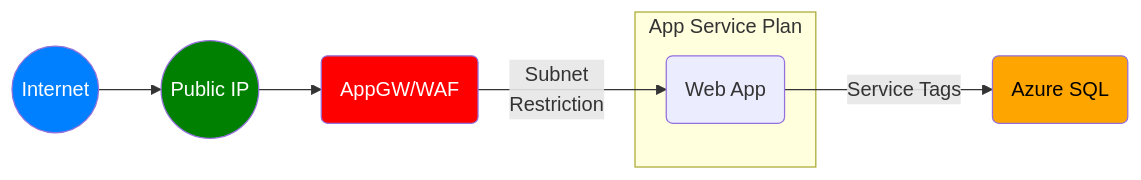
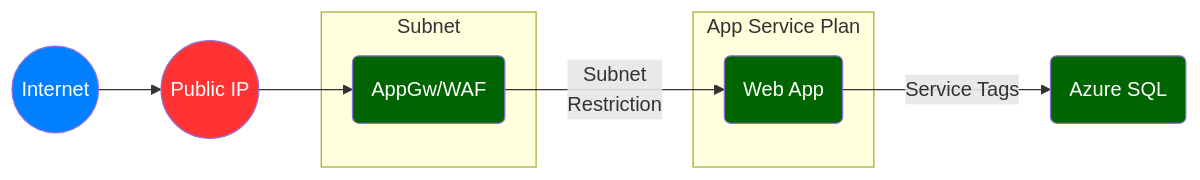
One commit to msalemor/app-services-networking changed the third of 7 diagrams in README.md. Above: the diagram before and after it, drawn with Mermaid. The commit also changed other lines of this file, not shown here.

````diff
--- a/README.md
+++ b/README.md
@@ -94,18 +94,21 @@
 ```mermaid
 graph LR;
-    A((Internet))-->B((Public IP));
-    B-->C(AppGW/WAF);
-    C--Subnet<br/>Restriction-->a1;
-    subgraph "App Service Plan"
+  A((Internet))-->B((Public IP));
+  B-->a2;
+  subgraph "Subnet"
+    a2(AppGw/WAF);
+  end
+  a2--Subnet<br/>Restriction-->a1;
+  subgraph "App Service Plan"
     a1(Web App)
-    end
-    a1-- Service Tags -->E(Azure SQL);
-    classDef internet fill:#007FFF,color:white;
-    classDef unsafe fill:green,color:white;
-    classDef semisafe fill:orange,color:black;
-    classDef safe fill:red,color:white;
-    class A internet;
-    class B unsafe;
-    class C safe;
-    class E,D semisafe;
+  end
+  a1-- Service Tags -->E(Azure SQL);
+  classDef internet fill:#007FFF,color:white;
+  classDef unsafe fill:#ff3333,color:white;
+  classDef semisafe fill:darkorange,color:black;
+  classDef safe fill:darkgreen,color:white;
+  class A internet;
+  class B unsafe;
+  class E semisafe;
+  class C,a1,a2,E safe;
 ```
````
